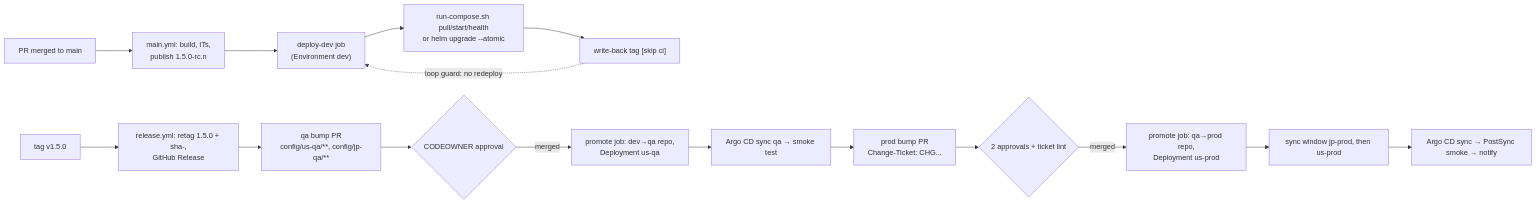
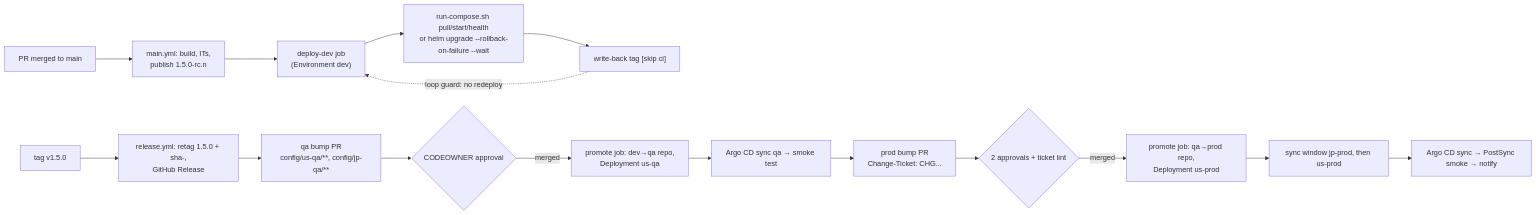
Before and after one commit to crazymatthsu/github-demo: the second of 5 diagrams in docs/09-cd-and-release-management.md, drawn with Mermaid. The commit also changed other lines of this file and 9 other files, not shown here.

````diff
--- a/docs/09-cd-and-release-management.md
+++ b/docs/09-cd-and-release-management.md
@@ -396,18 +396,18 @@
 ```mermaid
 flowchart LR
   A["PR merged to main"] --> B["main.yml: build, ITs,<br/>publish 1.5.0-rc.n"]
   B --> C["deploy-dev job<br/>(Environment dev)"]
-  C --> D["run-compose.sh pull/start/health<br/>or helm upgrade --atomic"]
+  C --> D["run-compose.sh pull/start/health<br/>or helm upgrade --rollback-on-failure --wait"]
   D --> E["write-back tag [skip ci]"]
   E -. "loop guard: no redeploy" .-> C
   F["tag v1.5.0"] --> G["release.yml: retag 1.5.0 + sha-,<br/>GitHub Release"]
   G --> H["qa bump PR<br/>config/us-qa/**, config/jp-qa/**"]
   H --> I{"CODEOWNER approval"}
   I -- merged --> J["promote job: dev→qa repo,<br/>Deployment us-qa"]
   J --> K["Argo CD sync qa → smoke test"]
   K --> L["prod bump PR<br/>Change-Ticket: CHG..."]
   L --> M{"2 approvals + ticket lint"}
   M -- merged --> N["promote job: qa→prod repo,<br/>Deployment us-prod"]
   N --> O["sync window jp-prod, then us-prod"]
   O --> P["Argo CD sync → PostSync smoke → notify"]
 ```
````
